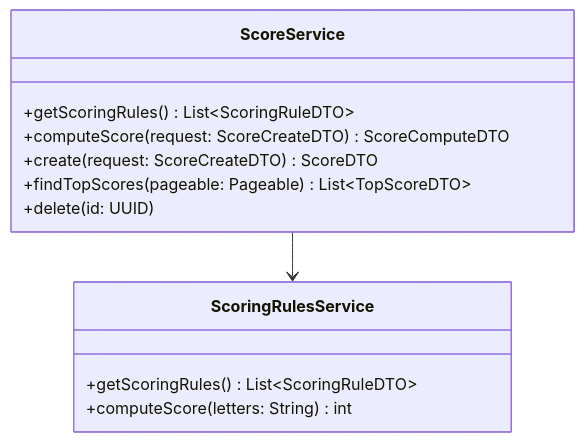
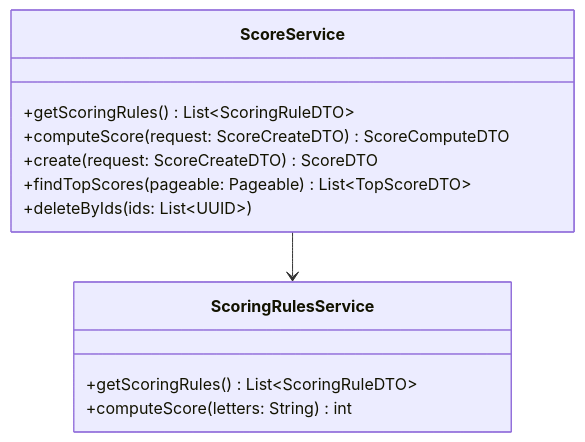
The diagram in docs/architecture/c4-code-implementation.md (alang-dev/scrabble-points-calculator), drawn with Mermaid before and after one commit. The commit also changed 2 other files, not shown here.

Commit message:
Update architecture design to align with Implementation

````diff
--- a/docs/architecture/c4-code-implementation.md
+++ b/docs/architecture/c4-code-implementation.md
@@ -7,17 +7,17 @@
 ```mermaid
 classDiagram
     class ScoreService {
         +getScoringRules() List~ScoringRuleDTO~
         +computeScore(request: ScoreCreateDTO) ScoreComputeDTO
         +create(request: ScoreCreateDTO) ScoreDTO
         +findTopScores(pageable: Pageable) List~TopScoreDTO~
-        +delete(id: UUID)
+        +deleteByIds(ids: List~UUID~)
     }
 
     class ScoringRulesService {
         +getScoringRules() List~ScoringRuleDTO~
         +computeScore(letters: String) int
     }
 
     ScoreService --> ScoringRulesService
 ```
````
